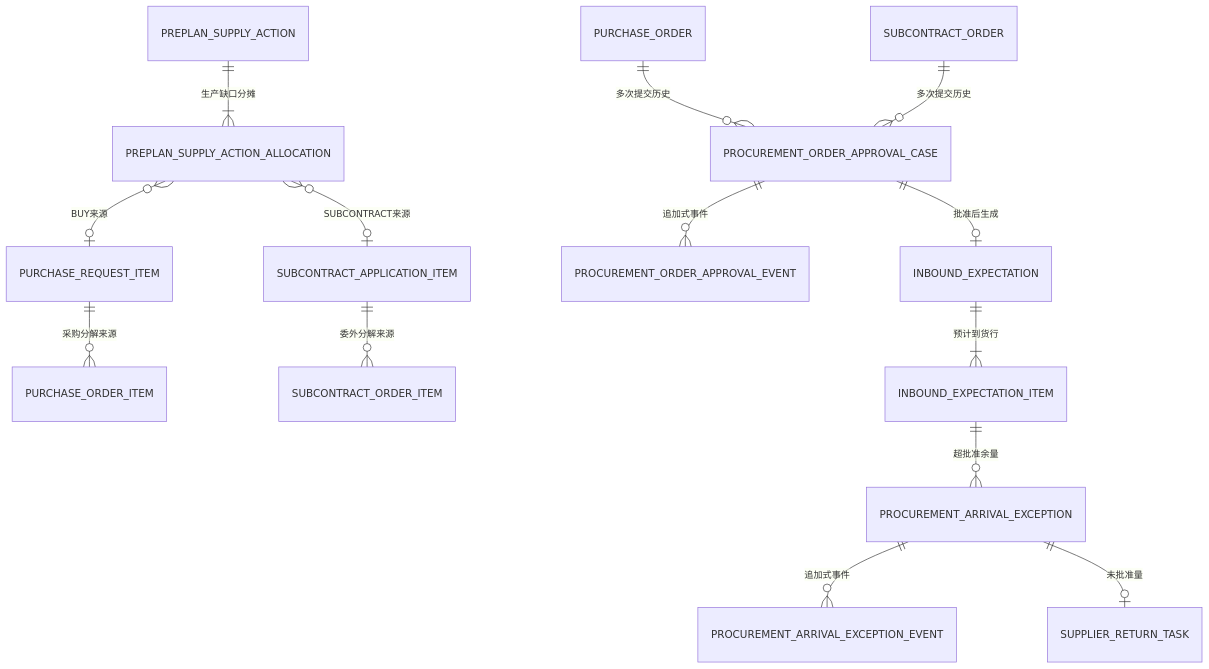
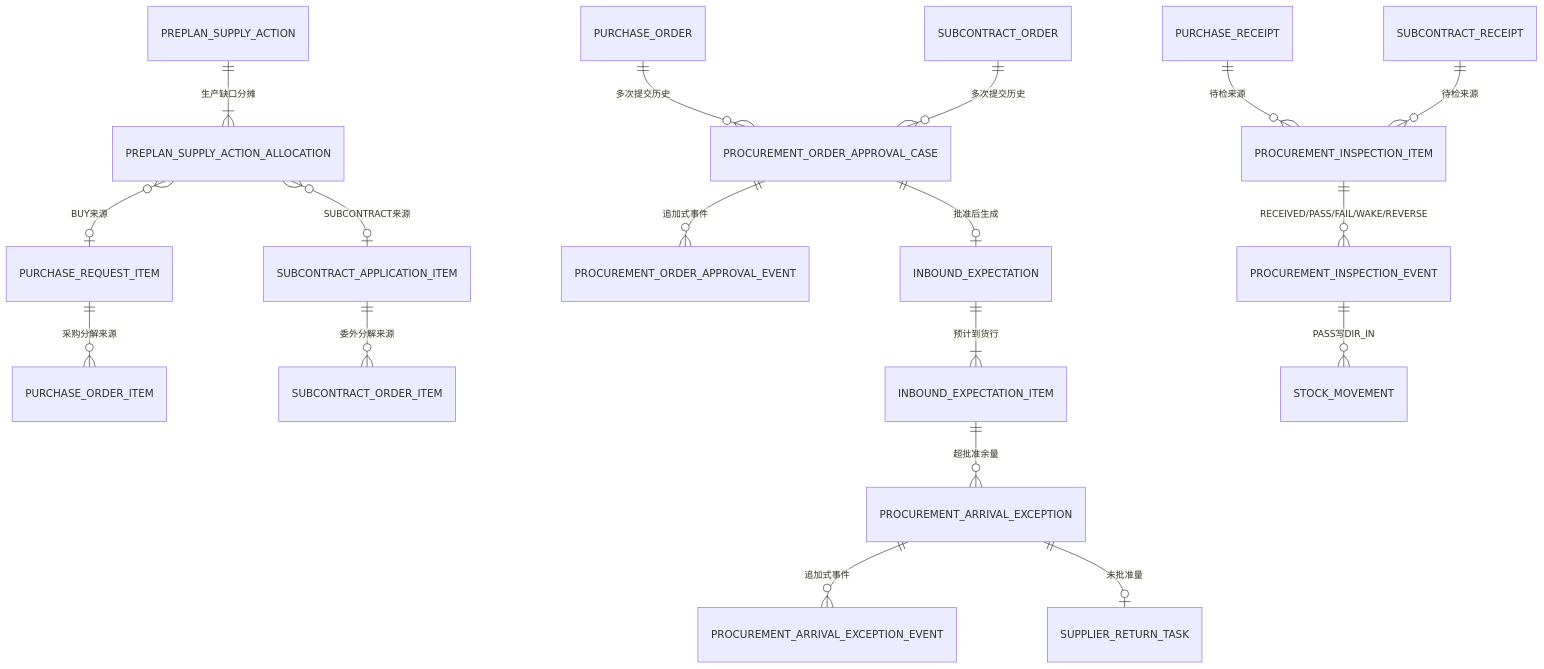
One commit to BruceChu0424/utenelec_imp changed the second of 16 diagrams in docs/04-数据模型/ER草图.md. Above: the diagram before and after it, drawn with Mermaid. The commit also changed other lines of this file and 1374 other files, not shown here.

````diff
--- a/docs/04-数据模型/ER草图.md
+++ b/docs/04-数据模型/ER草图.md
@@ -27,16 +27,20 @@
 ```mermaid
 erDiagram
     PURCHASE_REQUEST_ITEM ||--o{ PURCHASE_ORDER_ITEM : "采购分解来源"
     SUBCONTRACT_APPLICATION_ITEM ||--o{ SUBCONTRACT_ORDER_ITEM : "委外分解来源"
     PREPLAN_SUPPLY_ACTION ||--|{ PREPLAN_SUPPLY_ACTION_ALLOCATION : "生产缺口分摊"
     PREPLAN_SUPPLY_ACTION_ALLOCATION }o--o| PURCHASE_REQUEST_ITEM : "BUY来源"
     PREPLAN_SUPPLY_ACTION_ALLOCATION }o--o| SUBCONTRACT_APPLICATION_ITEM : "SUBCONTRACT来源"
     PURCHASE_ORDER ||--o{ PROCUREMENT_ORDER_APPROVAL_CASE : "多次提交历史"
     SUBCONTRACT_ORDER ||--o{ PROCUREMENT_ORDER_APPROVAL_CASE : "多次提交历史"
     PROCUREMENT_ORDER_APPROVAL_CASE ||--o{ PROCUREMENT_ORDER_APPROVAL_EVENT : "追加式事件"
     PROCUREMENT_ORDER_APPROVAL_CASE ||--o| INBOUND_EXPECTATION : "批准后生成"
     INBOUND_EXPECTATION ||--|{ INBOUND_EXPECTATION_ITEM : "预计到货行"
     INBOUND_EXPECTATION_ITEM ||--o{ PROCUREMENT_ARRIVAL_EXCEPTION : "超批准余量"
     PROCUREMENT_ARRIVAL_EXCEPTION ||--o{ PROCUREMENT_ARRIVAL_EXCEPTION_EVENT : "追加式事件"
     PROCUREMENT_ARRIVAL_EXCEPTION ||--o| SUPPLIER_RETURN_TASK : "未批准量"
+    PURCHASE_RECEIPT ||--o{ PROCUREMENT_INSPECTION_ITEM : "待检来源"
+    SUBCONTRACT_RECEIPT ||--o{ PROCUREMENT_INSPECTION_ITEM : "待检来源"
+    PROCUREMENT_INSPECTION_ITEM ||--o{ PROCUREMENT_INSPECTION_EVENT : "RECEIVED/PASS/FAIL/WAKE/REVERSE"
+    PROCUREMENT_INSPECTION_EVENT ||--o{ STOCK_MOVEMENT : "PASS写DIR_IN"
 ```
````
